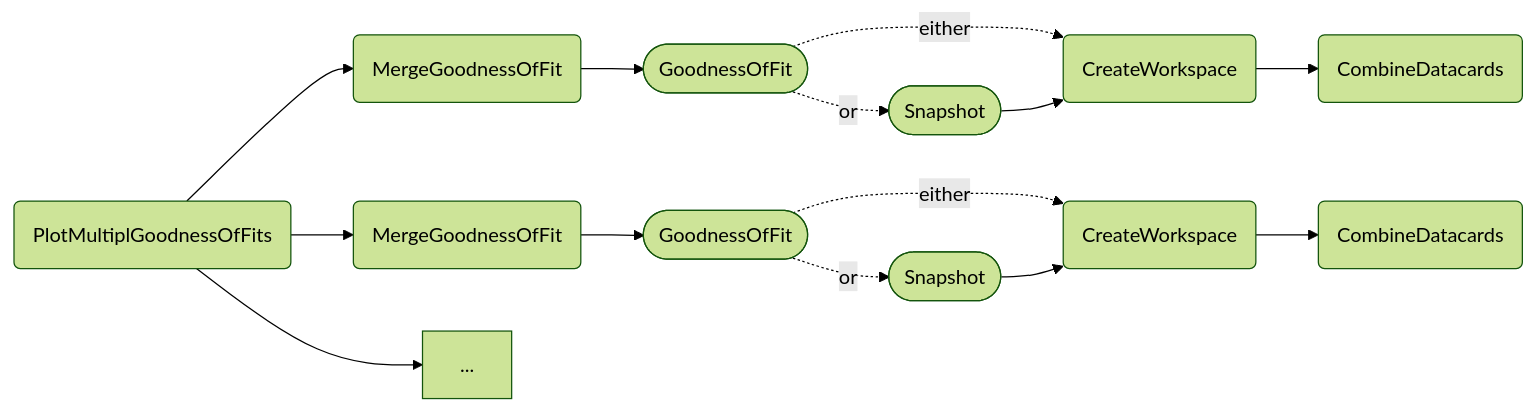
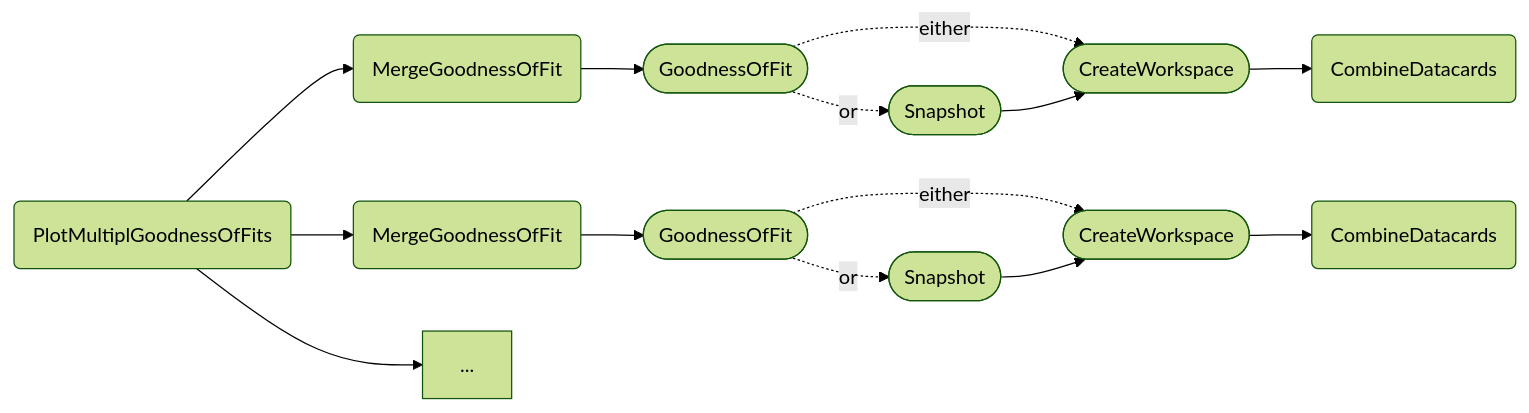
The second of 2 diagrams in docs/content/tasks/gof.md (cms-hh/inference_tools), drawn with Mermaid (forest theme) before and after one commit. The commit also changed other lines of this file and 8 other files, not shown here.

````diff
--- a/docs/content/tasks/gof.md
+++ b/docs/content/tasks/gof.md
@@ -120,16 +120,16 @@
 ```mermaid
 graph LR;
     A(PlotMultiplGoodnessOfFits) --> B1(MergeGoodnessOfFit);
     A --> B2(MergeGoodnessOfFit);
     A --> ...;
     B1 --> C1([GoodnessOfFit]);
     B2 --> C2([GoodnessOfFit]);
-    C1 -. either .-> D1(CreateWorkspace);
-    C2 -. either .-> D2(CreateWorkspace);
+    C1 -. either .-> D1([CreateWorkspace]);
+    C2 -. either .-> D2([CreateWorkspace]);
     D1 --> E1(CombineDatacards);
     D2 --> E2(CombineDatacards);
     C1 -. or .-> F1([Snapshot]);
     C2 -. or .-> F2([Snapshot]);
     F1 --> D1;
     F2 --> D2;
 ```
````
